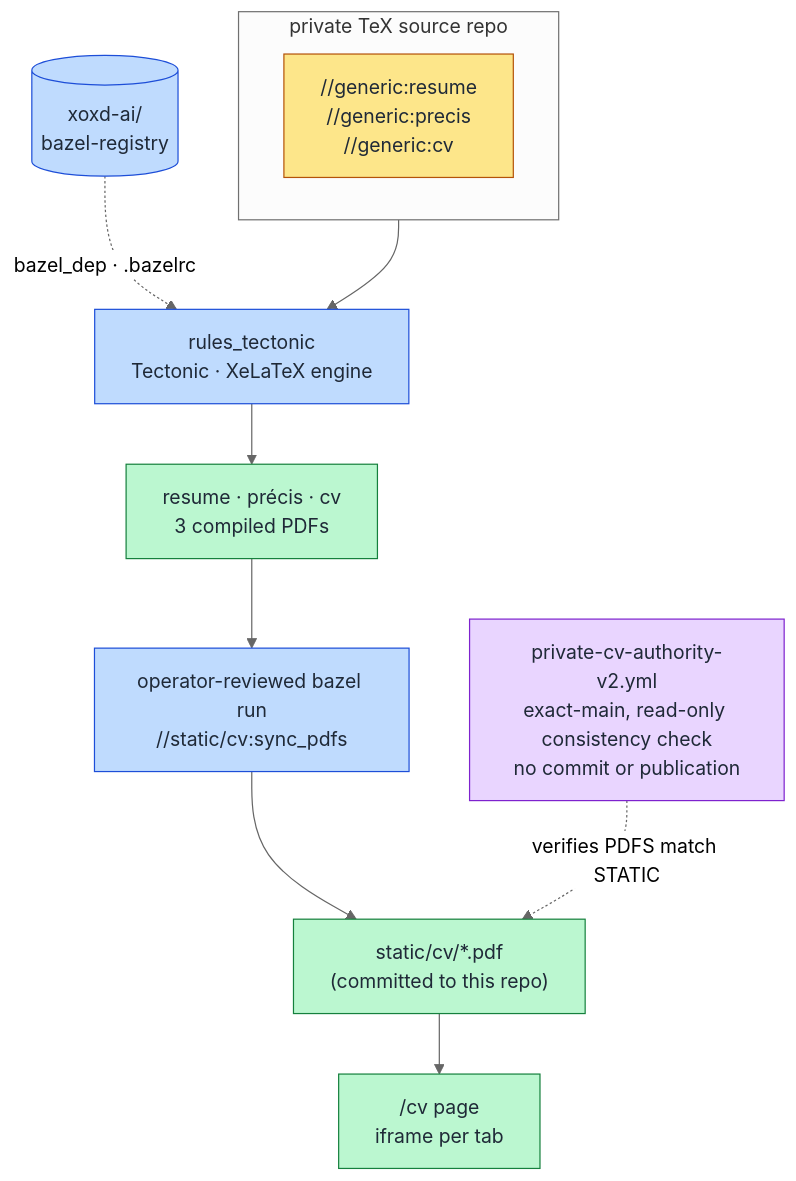
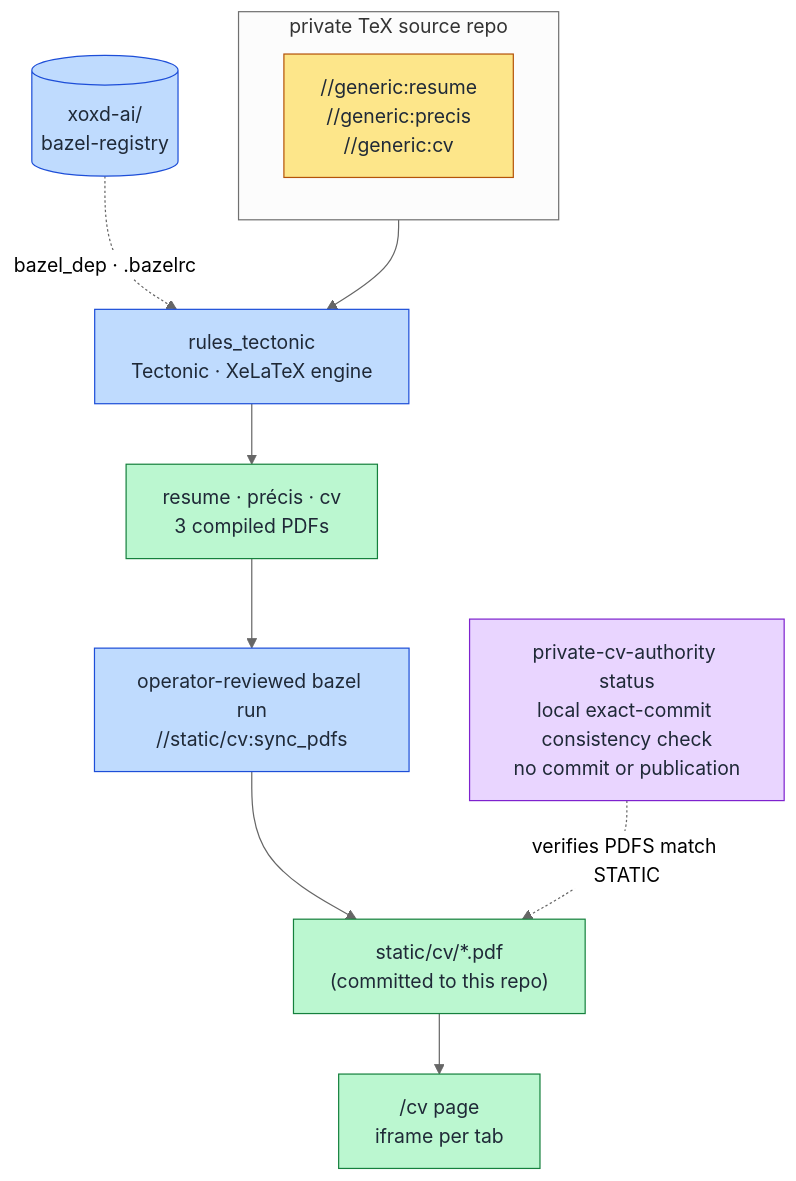
One commit to Jesssullivan/jesssullivan.github.io changed the diagram in static/cv/build-flow.mmd. Above: the diagram before and after it, drawn with Mermaid (neutral theme). The commit also changed 15 other files, not shown here.

First line of the commit message:
Replace the hosted private CV workflow with a local commit status (R163)

```diff
--- a/static/cv/build-flow.mmd
+++ b/static/cv/build-flow.mmd
@@ -1,30 +1,30 @@
 flowchart TD
   subgraph SPEAR["private TeX source repo"]
     direction LR
     GEN["//generic:resume<br/>//generic:precis<br/>//generic:cv"]
   end
   REG[("xoxd-ai/<br/>bazel-registry")]
   RT["rules_tectonic<br/>Tectonic · XeLaTeX engine"]
   PDFS["resume · précis · cv<br/>3 compiled PDFs"]
   SYNC["operator-reviewed bazel run<br/>//static/cv:sync_pdfs"]
   STATIC["static/cv/*.pdf<br/>(committed to this repo)"]
   PAGE["/cv page<br/>iframe per tab"]
 
   GEN --> RT
   REG -. "bazel_dep · .bazelrc" .-> RT
   RT --> PDFS
   PDFS --> SYNC
   SYNC --> STATIC
   STATIC --> PAGE
 
-  CI["private-cv-authority-v2.yml<br/>exact-main, read-only consistency check<br/>no commit or publication"]
+  CI["private-cv-authority status<br/>local exact-commit consistency check<br/>no commit or publication"]
   CI -. verifies PDFS match STATIC .-> STATIC
 
   classDef priv fill:#fde68a,stroke:#b45309,color:#1f2937;
   classDef bz fill:#bfdbfe,stroke:#1d4ed8,color:#1f2937;
   classDef out fill:#bbf7d0,stroke:#15803d,color:#1f2937;
   classDef ci fill:#e9d5ff,stroke:#7e22ce,color:#1f2937;
   class GEN priv;
   class RT,REG,SYNC bz;
   class PDFS,STATIC,PAGE out;
   class CI ci;
```
